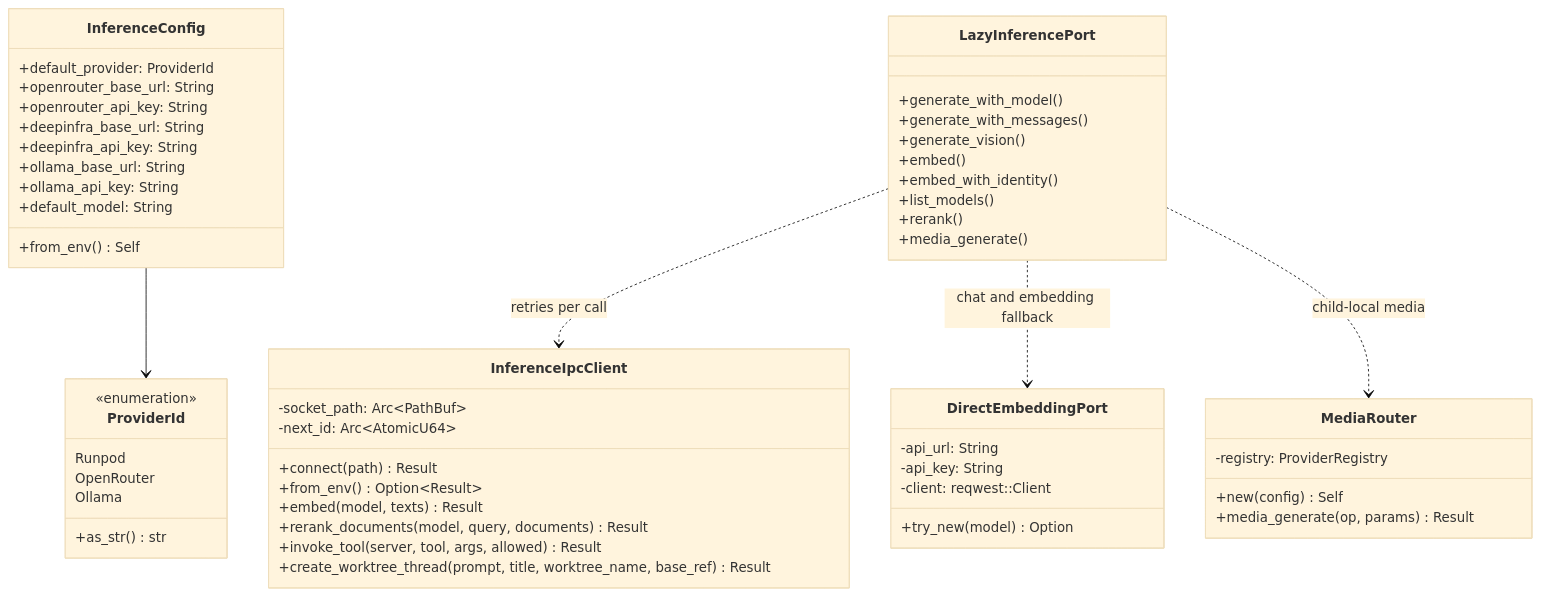
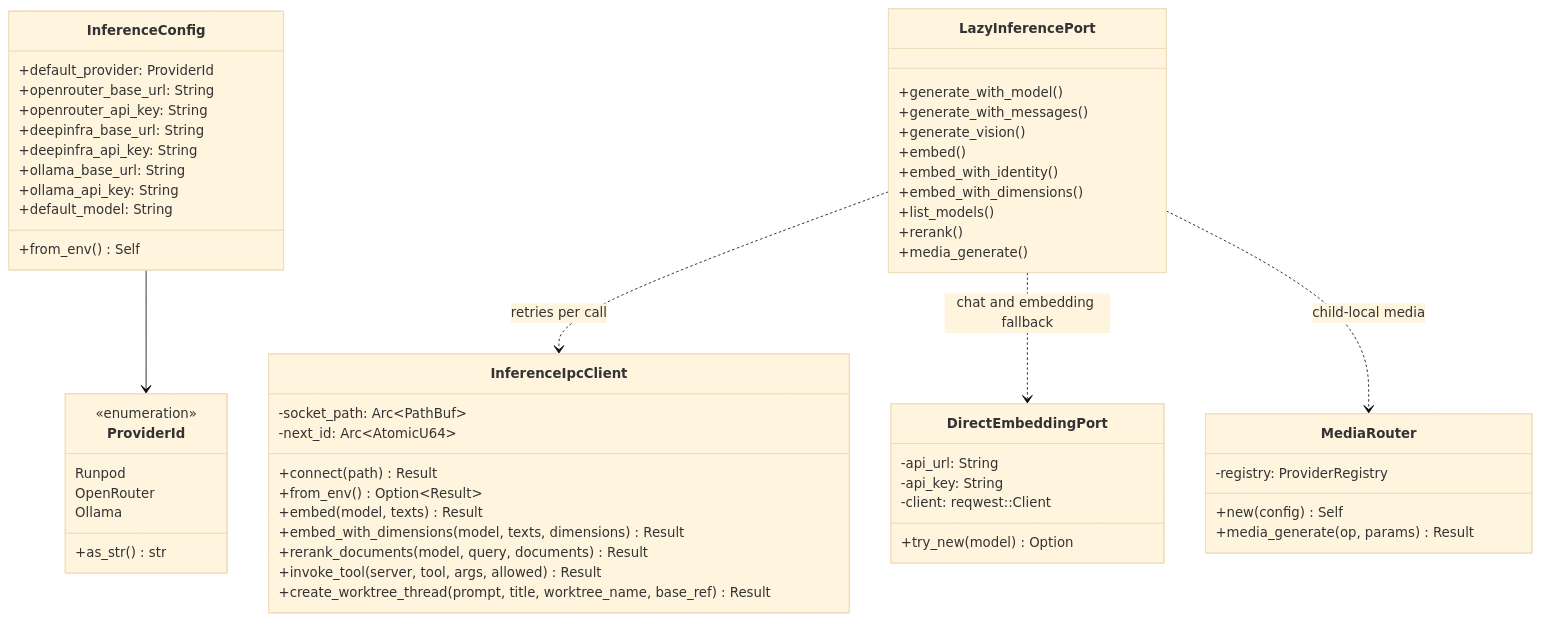
One commit to mdz-axo/zed-kask changed the first of 3 diagrams in kask/docs/diataxis/hkask-inference/reference.md. Above: the diagram before and after it, drawn with Mermaid (base theme). The commit also changed other lines of this file and 31 other files, not shown here.

````diff
--- a/kask/docs/diataxis/hkask-inference/reference.md
+++ b/kask/docs/diataxis/hkask-inference/reference.md
@@ -41,57 +41,59 @@
 ```mermaid
 classDiagram
     class ProviderId {
         <<enumeration>>
         Runpod
         OpenRouter
         Ollama
         +as_str() str
     }
     class InferenceConfig {
         +default_provider: ProviderId
         +openrouter_base_url: String
         +openrouter_api_key: String
         +deepinfra_base_url: String
         +deepinfra_api_key: String
         +ollama_base_url: String
         +ollama_api_key: String
         +default_model: String
         +from_env() Self
     }
     class InferenceIpcClient {
         -socket_path: Arc~PathBuf~
         -next_id: Arc~AtomicU64~
         +connect(path) Result
         +from_env() Option~Result~
         +embed(model, texts) Result
+        +embed_with_dimensions(model, texts, dimensions) Result
         +rerank_documents(model, query, documents) Result
         +invoke_tool(server, tool, args, allowed) Result
         +create_worktree_thread(prompt, title, worktree_name, base_ref) Result
     }
     class LazyInferencePort {
         +generate_with_model()
         +generate_with_messages()
         +generate_vision()
         +embed()
         +embed_with_identity()
+        +embed_with_dimensions()
         +list_models()
         +rerank()
         +media_generate()
     }
     class DirectEmbeddingPort {
         -api_url: String
         -api_key: String
         -client: reqwest::Client
         +try_new(model) Option
     }
     class MediaRouter {
         -registry: ProviderRegistry
         +new(config) Self
         +media_generate(op, params) Result
     }
 
     InferenceConfig --> ProviderId
     LazyInferencePort ..> InferenceIpcClient : retries per call
     LazyInferencePort ..> DirectEmbeddingPort : chat and embedding fallback
     LazyInferencePort ..> MediaRouter : child-local media
 ```
````
